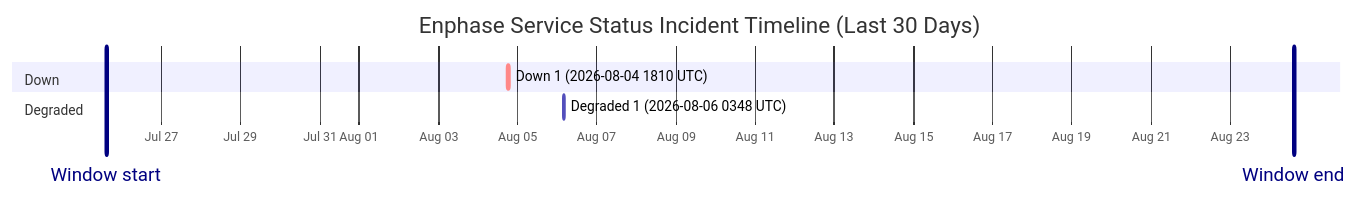
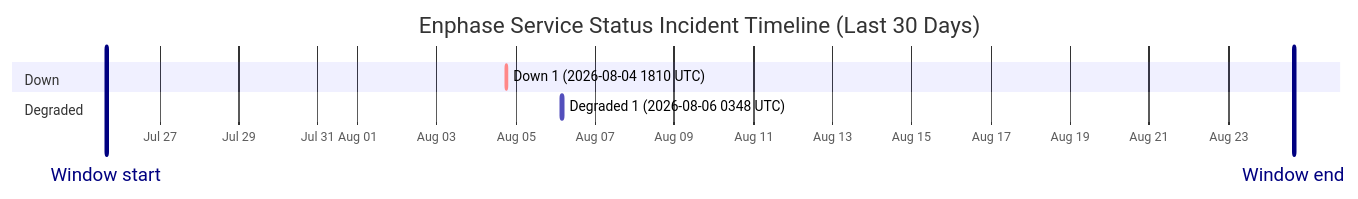
One commit to barneyonline/ha-enphase-energy changed the diagram in wiki/Service-Status-History.md. Above: the diagram before and after it, drawn with Mermaid. The commit also changed other lines of this file and 3 other files, not shown here.

````diff
--- a/wiki/Service-Status-History.md
+++ b/wiki/Service-Status-History.md
@@ -14,12 +14,12 @@
 ```mermaid
 gantt
     title Enphase Service Status Incident Timeline (Last 30 Days)
     dateFormat  YYYY-MM-DDTHH:mm:ss
     axisFormat  %b %d
-    Window start :vert, window-start, 2026-07-25T14:39:04, 0ms
-    Window end :vert, window-end, 2026-08-24T14:39:04, 0ms
+    Window start :vert, window-start, 2026-07-25T15:36:49, 0ms
+    Window end :vert, window-end, 2026-08-24T15:36:49, 0ms
     section Down
     Down 1 (2026-08-04 1810 UTC) :crit, down-1, 2026-08-04T18:10:46, 60m
     section Degraded
     Degraded 1 (2026-08-06 0348 UTC) :active, degraded-1, 2026-08-06T03:48:14, 60m
 ```
````
